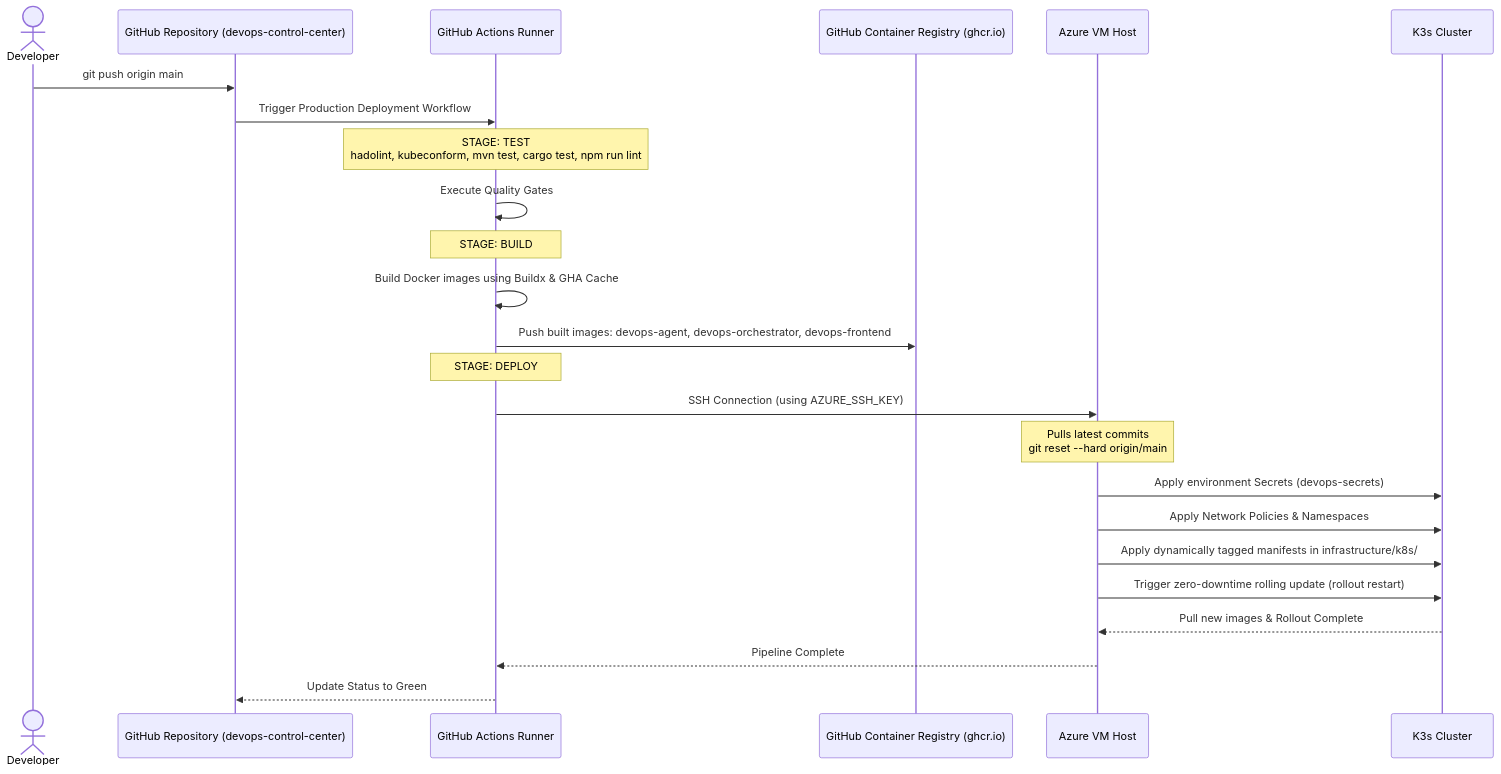
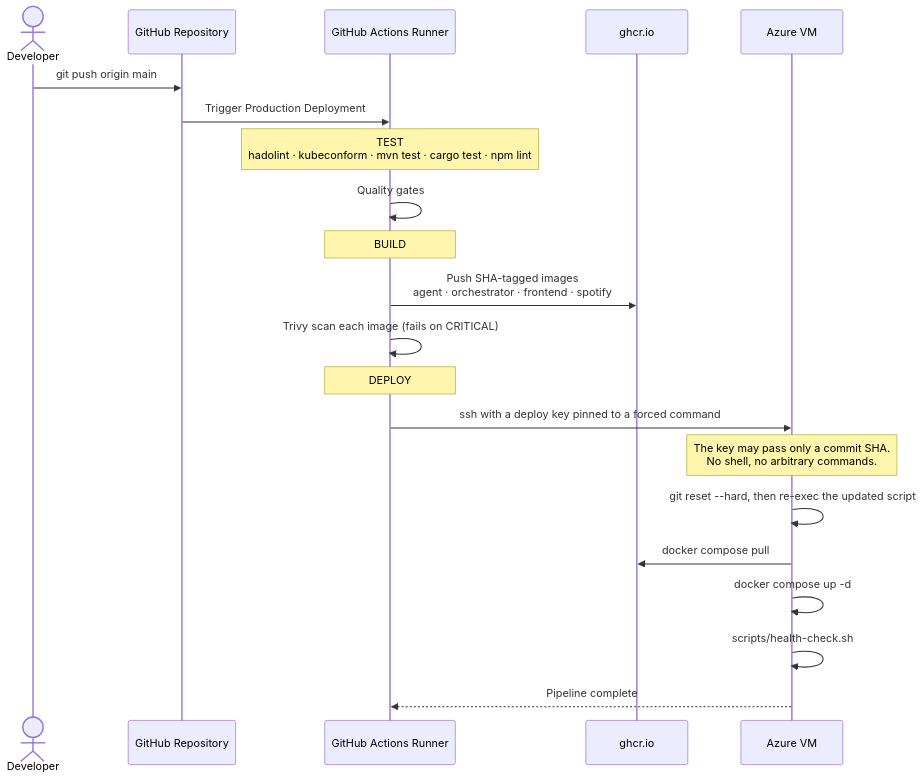
The second of 2 diagrams in README.md (mattDev0/devops-control-center), drawn with Mermaid before and after one commit. The commit also changed other lines of this file, not shown here.

````diff
--- a/README.md
+++ b/README.md
@@ -167,30 +190,27 @@
 ```mermaid
 sequenceDiagram
     actor Developer
-    participant GitHub as GitHub Repository (devops-control-center)
+    participant GitHub as GitHub Repository
     participant Runner as GitHub Actions Runner
-    participant GHCR as GitHub Container Registry (ghcr.io)
-    participant VM as Azure VM Host
-    participant K3s as K3s Cluster
+    participant GHCR as ghcr.io
+    participant VM as Azure VM
 
     Developer->>GitHub: git push origin main
-    GitHub->>Runner: Trigger Production Deployment Workflow
-    
-    Note over Runner: STAGE: TEST<br/>hadolint, kubeconform, mvn test, cargo test, npm run lint
-    Runner->>Runner: Execute Quality Gates
-    
-    Note over Runner: STAGE: BUILD
-    Runner->>Runner: Build Docker images using Buildx & GHA Cache
-    Runner->>GHCR: Push built images: devops-agent, devops-orchestrator, devops-frontend
-    
-    Note over Runner: STAGE: DEPLOY
-    Runner->>VM: SSH Connection (using AZURE_SSH_KEY)
-    Note over VM: Pulls latest commits<br/>git reset --hard origin/main
-    VM->>K3s: Apply environment Secrets (devops-secrets)
-    VM->>K3s: Apply Network Policies & Namespaces
-    VM->>K3s: Apply dynamically tagged manifests in infrastructure/k8s/
-    VM->>K3s: Trigger zero-downtime rolling update (rollout restart)
-    K3s-->>VM: Pull new images & Rollout Complete
-    VM-->>Runner: Pipeline Complete
-    Runner-->>GitHub: Update Status to Green
+    GitHub->>Runner: Trigger Production Deployment
+
+    Note over Runner: TEST<br/>hadolint · kubeconform · mvn test · cargo test · npm lint
+    Runner->>Runner: Quality gates
+
+    Note over Runner: BUILD
+    Runner->>GHCR: Push SHA-tagged images<br/>agent · orchestrator · frontend · spotify
+    Runner->>Runner: Trivy scan each image (fails on CRITICAL)
+
+    Note over Runner: DEPLOY
+    Runner->>VM: ssh with a deploy key pinned to a forced command
+    Note over VM: The key may pass only a commit SHA.<br/>No shell, no arbitrary commands.
+    VM->>VM: git reset --hard, then re-exec the updated script
+    VM->>GHCR: docker compose pull
+    VM->>VM: docker compose up -d
+    VM->>VM: scripts/health-check.sh
+    VM-->>Runner: Pipeline complete
 ```
````
